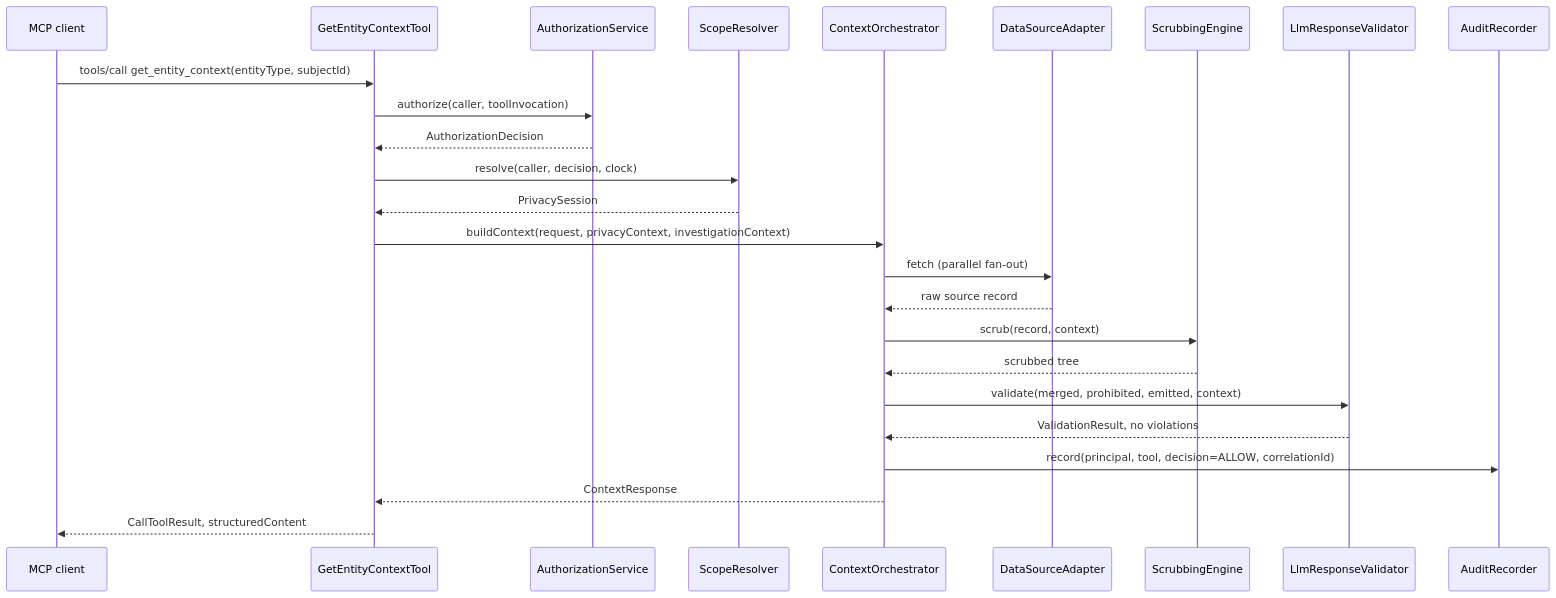
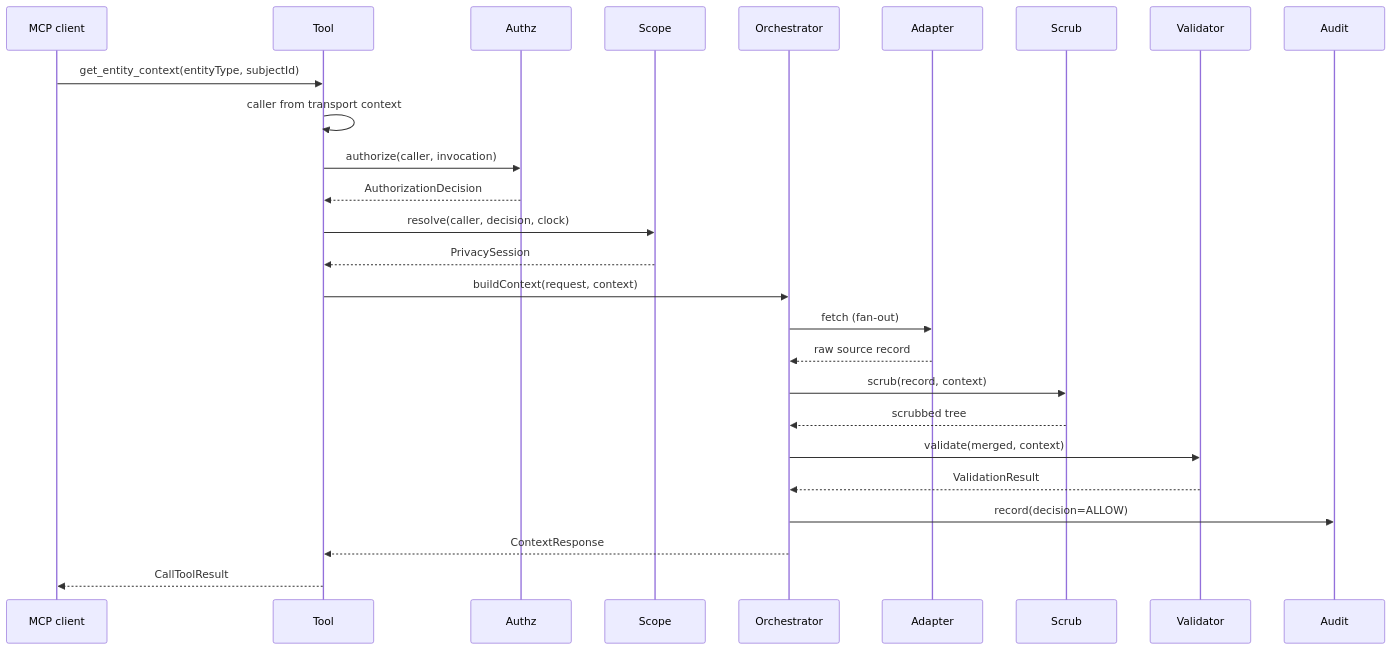
Before and after one commit to AindriuB/data-prism: the diagram in docs-site/diagrams/entity-context-call.mmd, drawn with Mermaid. The commit also changed 11 other files, not shown here.

```diff
--- a/docs-site/diagrams/entity-context-call.mmd
+++ b/docs-site/diagrams/entity-context-call.mmd
@@ -1,26 +1,27 @@
 sequenceDiagram
     participant Caller as MCP client
-    participant Tool as GetEntityContextTool
-    participant Authz as AuthorizationService
-    participant Scope as ScopeResolver
-    participant Orchestrator as ContextOrchestrator
-    participant Adapter as DataSourceAdapter
-    participant Scrub as ScrubbingEngine
-    participant Validator as LlmResponseValidator
-    participant Audit as AuditRecorder
+    participant Tool
+    participant Authz
+    participant Scope
+    participant Orchestrator
+    participant Adapter
+    participant Scrub
+    participant Validator
+    participant Audit
 
-    Caller->>Tool: tools/call get_entity_context(entityType, subjectId)
-    Tool->>Authz: authorize(caller, toolInvocation)
+    Caller->>Tool: get_entity_context(entityType, subjectId)
+    Tool->>Tool: caller from transport context
+    Tool->>Authz: authorize(caller, invocation)
     Authz-->>Tool: AuthorizationDecision
     Tool->>Scope: resolve(caller, decision, clock)
     Scope-->>Tool: PrivacySession
-    Tool->>Orchestrator: buildContext(request, privacyContext, investigationContext)
-    Orchestrator->>Adapter: fetch (parallel fan-out)
+    Tool->>Orchestrator: buildContext(request, context)
+    Orchestrator->>Adapter: fetch (fan-out)
     Adapter-->>Orchestrator: raw source record
     Orchestrator->>Scrub: scrub(record, context)
     Scrub-->>Orchestrator: scrubbed tree
-    Orchestrator->>Validator: validate(merged, prohibited, emitted, context)
-    Validator-->>Orchestrator: ValidationResult, no violations
-    Orchestrator->>Audit: record(principal, tool, decision=ALLOW, correlationId)
+    Orchestrator->>Validator: validate(merged, context)
+    Validator-->>Orchestrator: ValidationResult
+    Orchestrator->>Audit: record(decision=ALLOW)
     Orchestrator-->>Tool: ContextResponse
-    Tool-->>Caller: CallToolResult, structuredContent
+    Tool-->>Caller: CallToolResult
```
